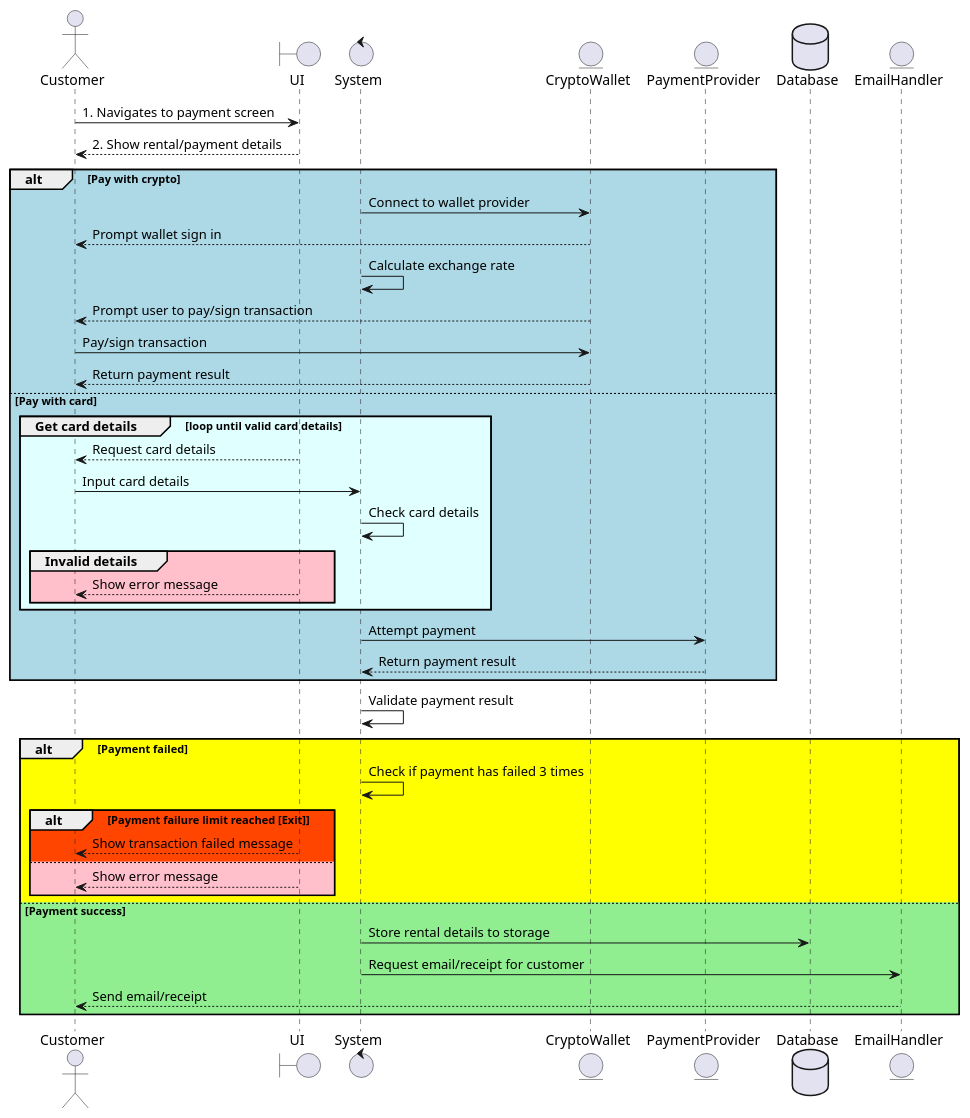
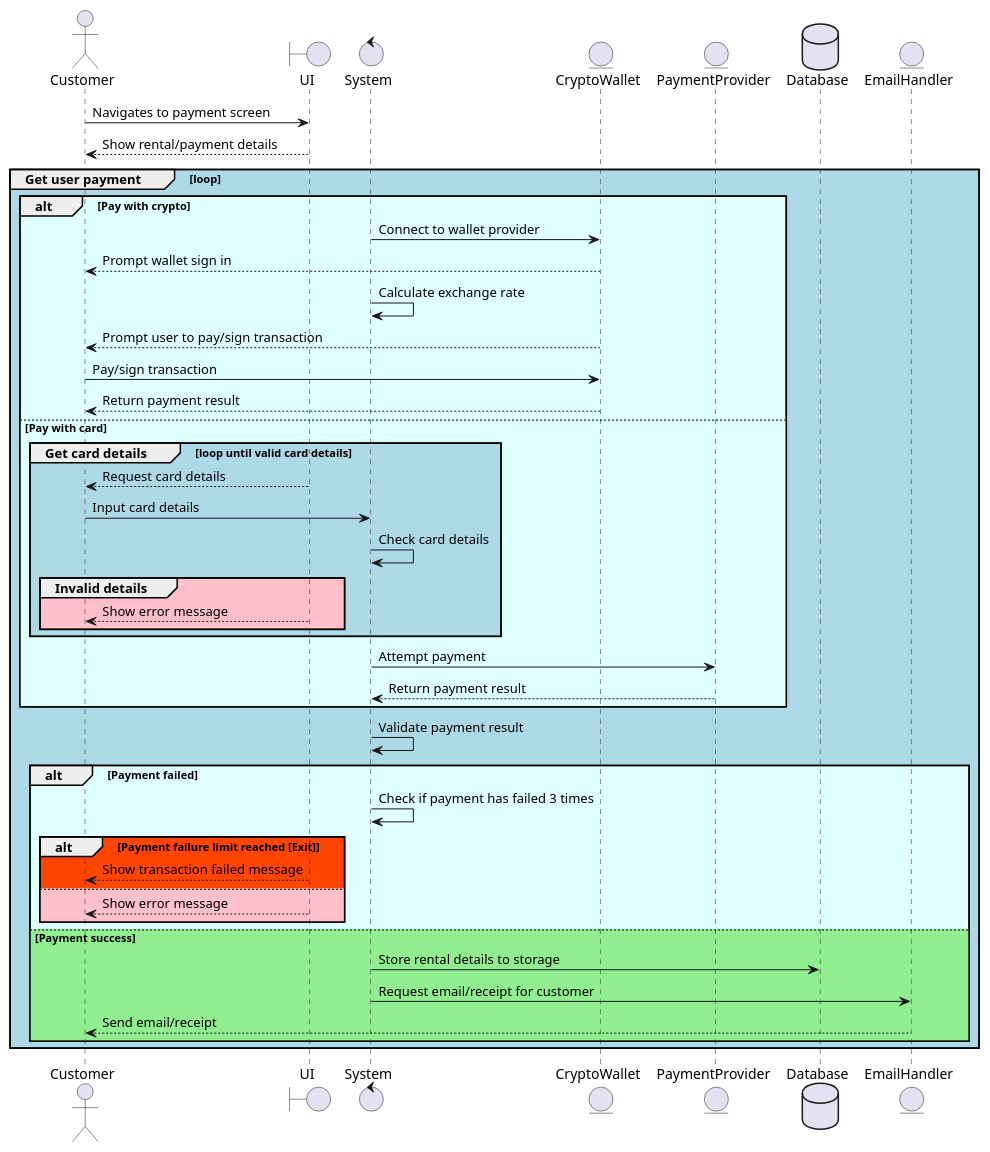
The diagram in diagrams/sequence/Sequence2.puml (OMBowkerBBC/DC4600-Assignment1), drawn with PlantUML before and after one commit. The commit also changed 3 other files, not shown here.

Commit message:
updated seqeuence diagrams and bit more detail for design

```diff
--- a/diagrams/sequence/Sequence2.puml
+++ b/diagrams/sequence/Sequence2.puml
@@ -1,48 +1,51 @@
 @startuml
 actor Customer as cus
 boundary UI as ui
 control System as sys
 entity CryptoWallet as wallet
 entity PaymentProvider as payment
 database Database as db
 entity EmailHandler as email
 
-cus -> ui : 1. Navigates to payment screen
-cus <-- ui : 2. Show rental/payment details
-alt #LightBlue Pay with crypto
-  sys -> wallet : Connect to wallet provider
-  cus <-- wallet : Prompt wallet sign in
-  sys -> sys : Calculate exchange rate
-  cus <-- wallet : Prompt user to pay/sign transaction
-  cus -> wallet : Pay/sign transaction
-  cus <-- wallet : Return payment result
-else Pay with card
-  group #LightCyan Get card details [loop until valid card details]
-    cus <-- ui : Request card details
-    cus -> sys : Input card details
-    sys -> sys : Check card details
-    group #Pink Invalid details
+cus -> ui : Navigates to payment screen
+cus <-- ui : Show rental/payment details
+
+group #LightBlue Get user payment [loop]
+  alt #LightCyan Pay with crypto
+    sys -> wallet : Connect to wallet provider
+    cus <-- wallet : Prompt wallet sign in
+    sys -> sys : Calculate exchange rate
+    cus <-- wallet : Prompt user to pay/sign transaction
+    cus -> wallet : Pay/sign transaction
+    cus <-- wallet : Return payment result
+  else Pay with card
+    group #LightBlue Get card details [loop until valid card details]
+      cus <-- ui : Request card details
+      cus -> sys : Input card details
+      sys -> sys : Check card details
+      group #Pink Invalid details
+        cus <-- ui : Show error message
+      end
+    end
+
+    sys -> payment : Attempt payment
+    sys <-- payment : Return payment result
+  end
+
+  sys -> sys : Validate payment result
+
+  alt #LightCyan Payment failed
+    sys -> sys : Check if payment has failed 3 times
+    alt #OrangeRed Payment failure limit reached [Exit] 
+      cus <-- ui : Show transaction failed message 
+    else #Pink
       cus <-- ui : Show error message
     end
+
+  else #LightGreen Payment success
+    sys -> db : Store rental details to storage
+    sys -> email : Request email/receipt for customer
+    cus <-- email : Send email/receipt
   end
-
-  sys -> payment : Attempt payment
-  sys <-- payment : Return payment result
-end
-
-sys -> sys : Validate payment result
-
-alt #Yellow Payment failed
-  sys -> sys : Check if payment has failed 3 times
-  alt #OrangeRed Payment failure limit reached [Exit] 
-    cus <-- ui : Show transaction failed message 
-  else #Pink
-    cus <-- ui : Show error message
-  end
-
-else #LightGreen Payment success
-  sys -> db : Store rental details to storage
-  sys -> email : Request email/receipt for customer
-  cus <-- email : Send email/receipt
 end
 @enduml
```
